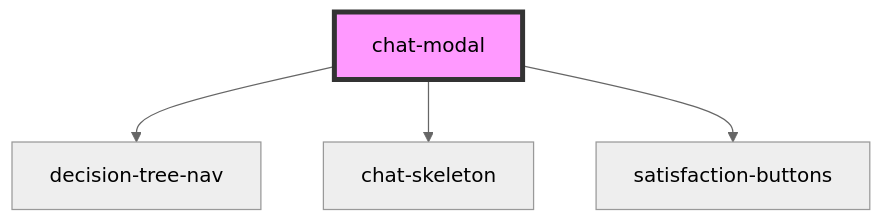
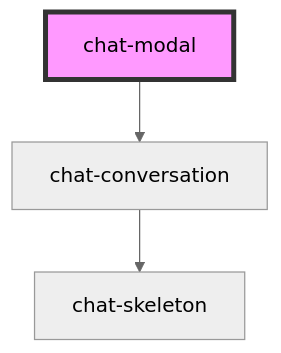
The diagram in src/components/chat-modal/readme.md (Lynxgsm/fastt-web-components), drawn with Mermaid (neutral theme) before and after one commit. The commit also changed other lines of this file and 19 other files, not shown here.

````diff
--- a/src/components/chat-modal/readme.md
+++ b/src/components/chat-modal/readme.md
@@ -27,7 +32,6 @@
 ```mermaid
 graph TD;
-  chat-modal --> decision-tree-nav
-  chat-modal --> chat-skeleton
-  chat-modal --> satisfaction-buttons
+  chat-modal --> chat-conversation
+  chat-conversation --> chat-skeleton
   style chat-modal fill:#f9f,stroke:#333,stroke-width:4px
 ```
````
